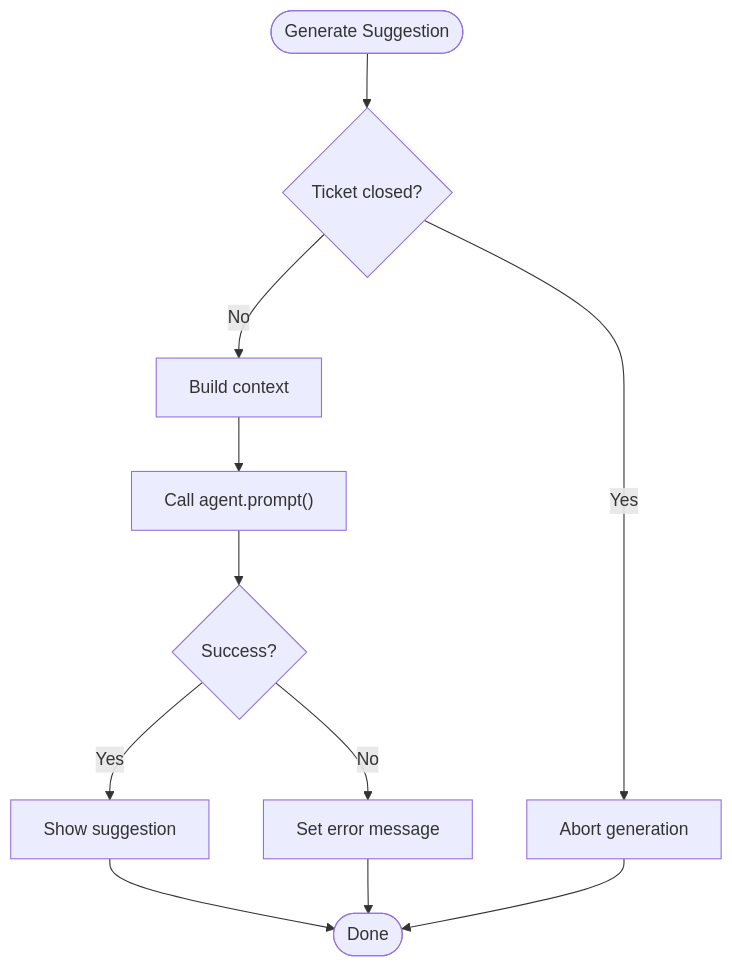
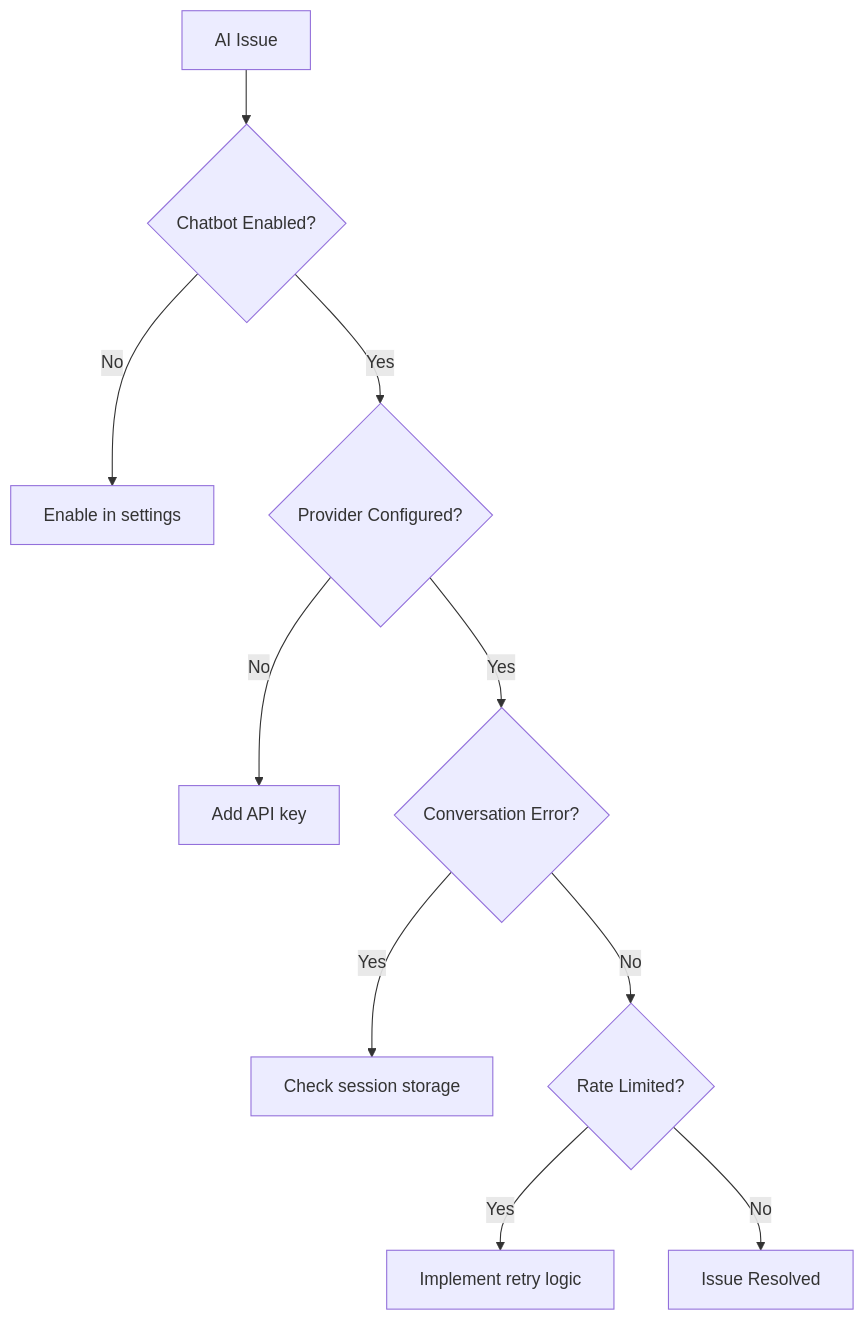
One commit to younesgamer68/helpdesk-system changed the eighth of 8 diagrams in .qoder/repowiki/en/content/AI Integration/AI Integration.md. Above: the diagram before and after it, drawn with Mermaid. The commit also changed other lines of this file and 210 other files, not shown here.

````diff
--- a/.qoder/repowiki/en/content/AI Integration/AI Integration.md
+++ b/.qoder/repowiki/en/content/AI Integration/AI Integration.md
@@ -326,13 +329,12 @@
 ```mermaid
 flowchart TD
-Start(["Generate Suggestion"]) --> CheckClosed{"Ticket closed?"}
-CheckClosed --> |Yes| Stop["Abort generation"]
-CheckClosed --> |No| Build["Build context"]
-Build --> Call["Call agent.prompt()"]
-Call --> Try{"Success?"}
-Try --> |Yes| Show["Show suggestion"]
-Try --> |No| Error["Set error message"]
-Show --> End(["Done"])
-Error --> End
-Stop --> End
+Problem["AI Issue"] --> Check1{"Chatbot Enabled?"}
+Check1 --> |No| Enable["Enable in settings"]
+Check1 --> |Yes| Check2{"Provider Configured?"}
+Check2 --> |No| Configure["Add API key"]
+Check2 --> |Yes| Check3{"Conversation Error?"}
+Check3 --> |Yes| Debug["Check session storage"]
+Check3 --> |No| RateLimit{"Rate Limited?"}
+RateLimit --> |Yes| Wait["Implement retry logic"]
+RateLimit --> |No| Success["Issue Resolved"]
 ```
````
